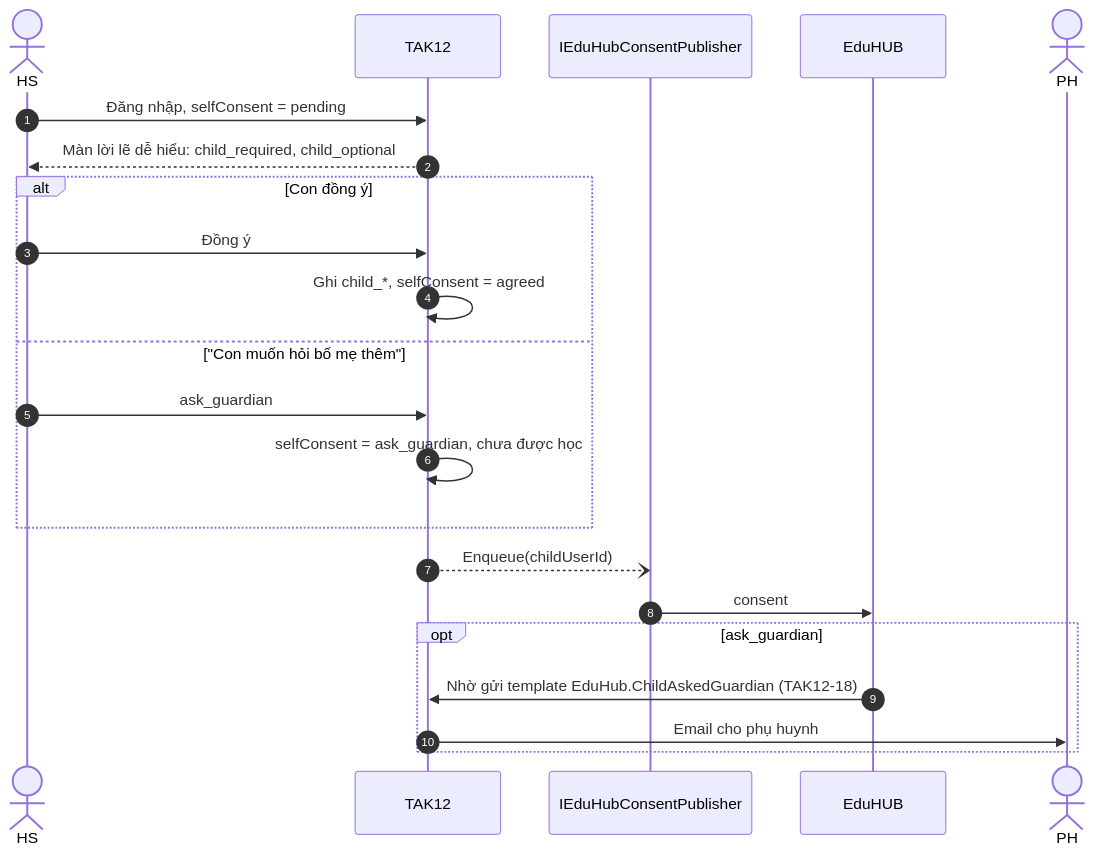
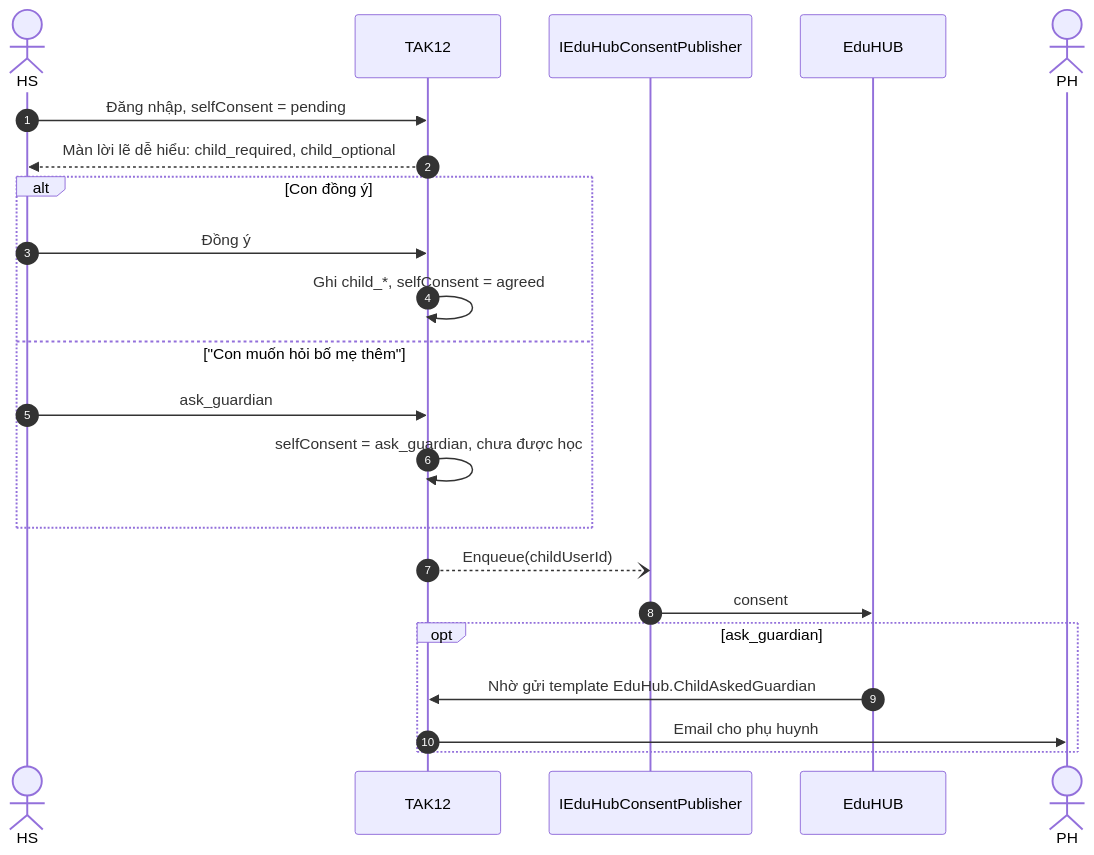
The seventh of 8 diagrams in features-design.md (riddle-bash/tak12-eduhub-consent-flow), drawn with Mermaid before and after one commit. The commit also changed other lines of this file, not shown here.

````diff
--- a/features-design.md
+++ b/features-design.md
@@ -233,25 +232,25 @@
 ```mermaid
 sequenceDiagram
   autonumber
   actor HS
   participant T as TAK12
   participant PUB as IEduHubConsentPublisher
   participant E as EduHUB
   actor PH
   HS->>T: Đăng nhập, selfConsent = pending
   T-->>HS: Màn lời lẽ dễ hiểu: child_required, child_optional
   alt Con đồng ý
     HS->>T: Đồng ý
     T->>T: Ghi child_*, selfConsent = agreed
   else "Con muốn hỏi bố mẹ thêm"
     HS->>T: ask_guardian
     T->>T: selfConsent = ask_guardian, chưa được học
   end
   T--)PUB: Enqueue(childUserId)
   PUB->>E: consent
   opt ask_guardian
-    E->>T: Nhờ gửi template EduHub.ChildAskedGuardian (TAK12-18)
+    E->>T: Nhờ gửi template EduHub.ChildAskedGuardian
     T->>PH: Email cho phụ huynh
   end
   
 ```
````
